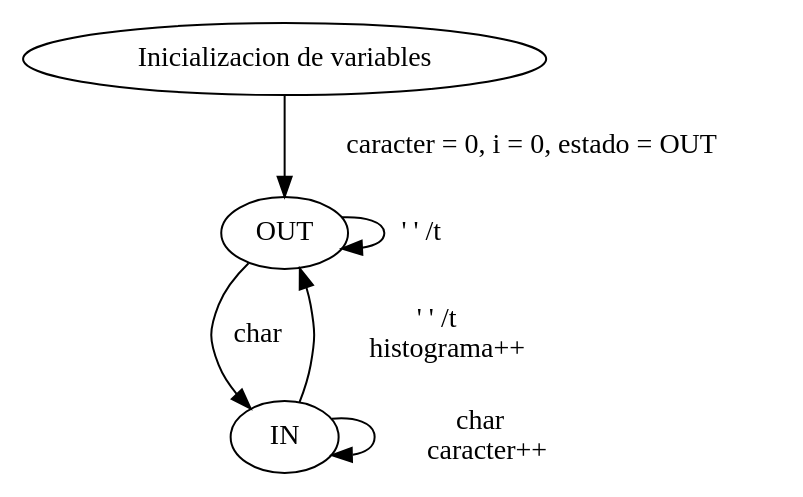
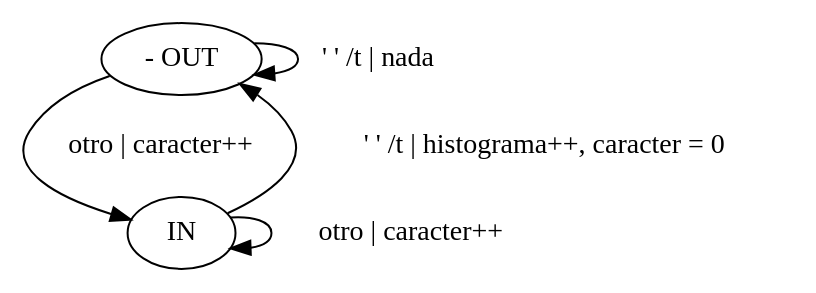
One commit to SantiagoGimenez01/SSL changed the diagram in 02-MaquinasDeEstado/histograma.gv. Above: the diagram before and after it, drawn with Graphviz. The commit also changed 6 other files, not shown here.

```diff
--- a/02-MaquinasDeEstado/histograma.gv
+++ b/02-MaquinasDeEstado/histograma.gv
@@ -1,13 +1,10 @@
 digraph Histograma {
-    1 [label="Inicializacion de variables"];
-    2 [label="OUT"];
-    3 [label="IN"];
+    1 [label=" - OUT"];
+    2 [label="IN"];
     
-    1 -> 2 [label=" caracter = 0, i = 0, estado = OUT"];
-    2 -> 2 [label=" ' ' /t "];
-    2 -> 3 [label=" char  "];
-    3 -> 2 [label=" ' ' /t 
-    histograma++"];
-    3 -> 3 [label = "  char
-    caracter++"]
+
+    1 -> 1 [label=" ' ' /t | nada"];
+    1 -> 2 [label=" otro | caracter++"];
+    2 -> 1 [label=" ' ' /t | histograma++, caracter = 0"];
+    2 -> 2 [label = "  otro | caracter++"]
 }
```
